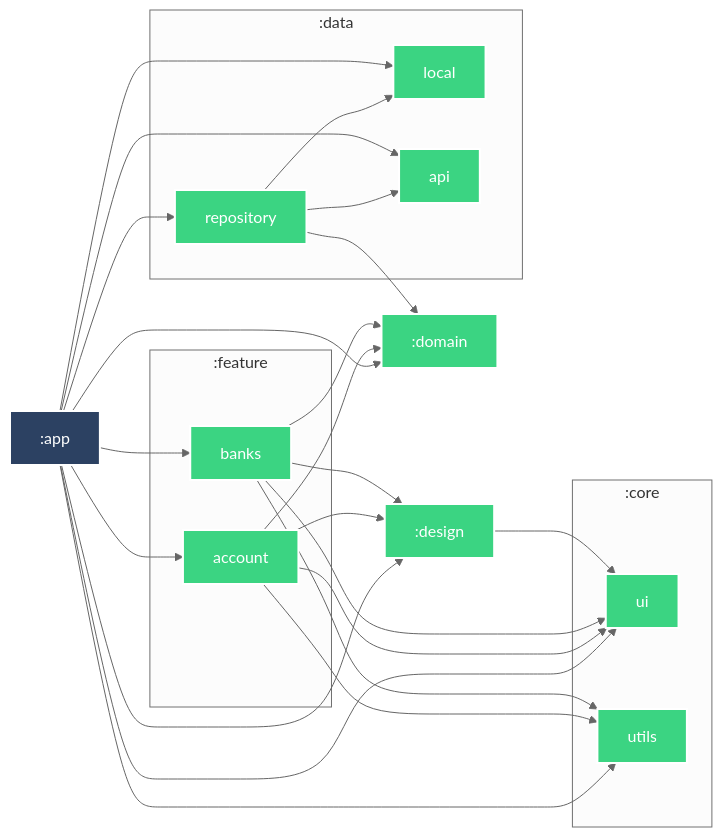
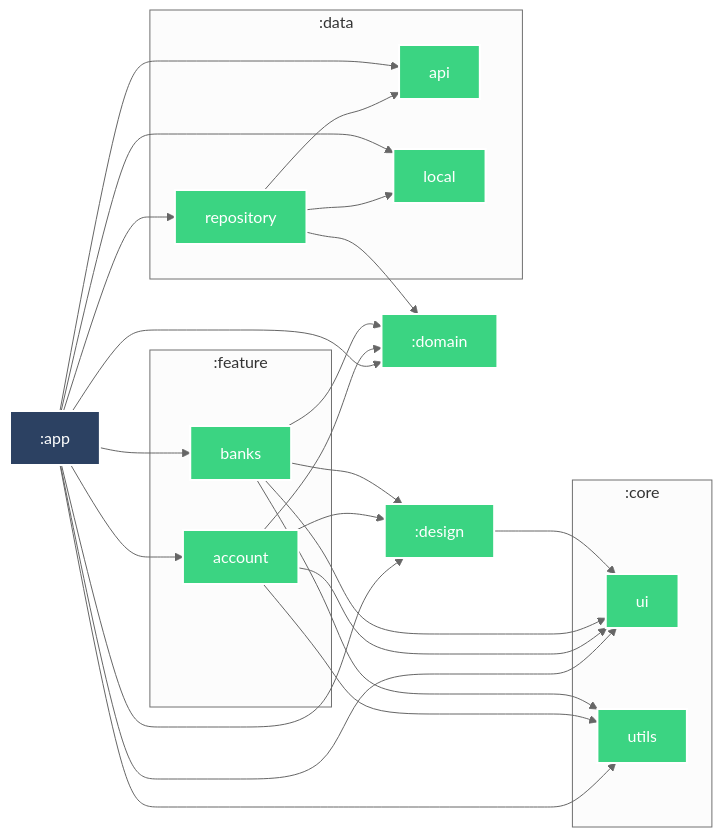
Before and after one commit to r4dixx/CATSikel: the diagram in docs/README.md, drawn with Mermaid. The commit also changed other lines of this file and 9 other files, not shown here.

````diff
--- a/docs/README.md
+++ b/docs/README.md
@@ -3,57 +3,57 @@
 ```mermaid
 %%{
   init: {
     'theme': 'neutral'
   }
 }%%
 
 graph LR
   subgraph :core
     :core:ui["ui"]
     :core:utils["utils"]
   end
   subgraph :data
+    :data:api["api"]
     :data:local["local"]
-    :data:api["api"]
     :data:repository["repository"]
   end
   subgraph :feature
     :feature:banks["banks"]
     :feature:account["account"]
   end
   :design --> :core:ui
   :feature:banks --> :core:ui
   :feature:banks --> :core:utils
   :feature:banks --> :design
   :feature:banks --> :domain
   :feature:account --> :core:ui
   :feature:account --> :core:utils
   :feature:account --> :design
   :feature:account --> :domain
   :app --> :core:ui
   :app --> :core:utils
+  :app --> :data:api
   :app --> :data:local
-  :app --> :data:api
   :app --> :data:repository
   :app --> :design
   :app --> :domain
   :app --> :feature:account
   :app --> :feature:banks
   :data:repository --> :data:local
   :data:repository --> :data:api
   :data:repository --> :domain
 
 classDef android-library fill:#3BD482,stroke:#fff,stroke-width:2px,color:#fff;
 classDef android-application fill:#2C4162,stroke:#fff,stroke-width:2px,color:#fff;
 class :design android-library
 class :core:ui android-library
 class :feature:banks android-library
 class :core:utils android-library
 class :domain android-library
 class :feature:account android-library
 class :app android-application
+class :data:api android-library
 class :data:local android-library
-class :data:api android-library
 class :data:repository android-library
 
 ```
````
